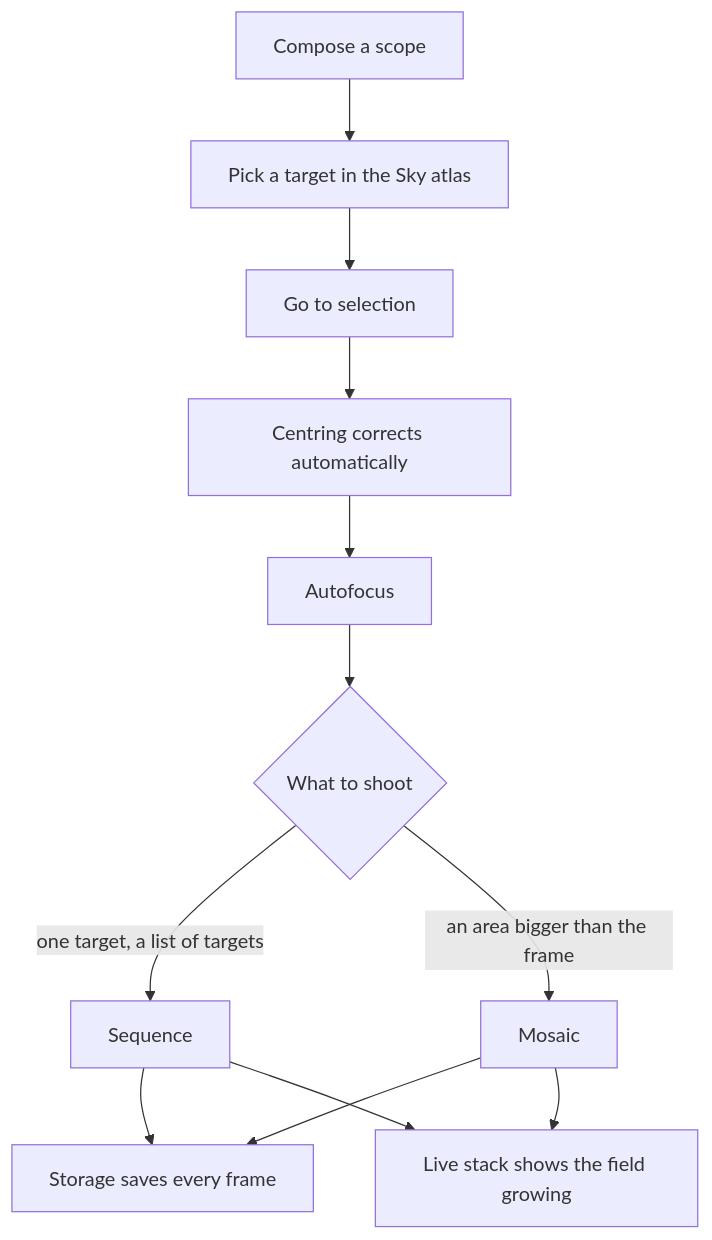
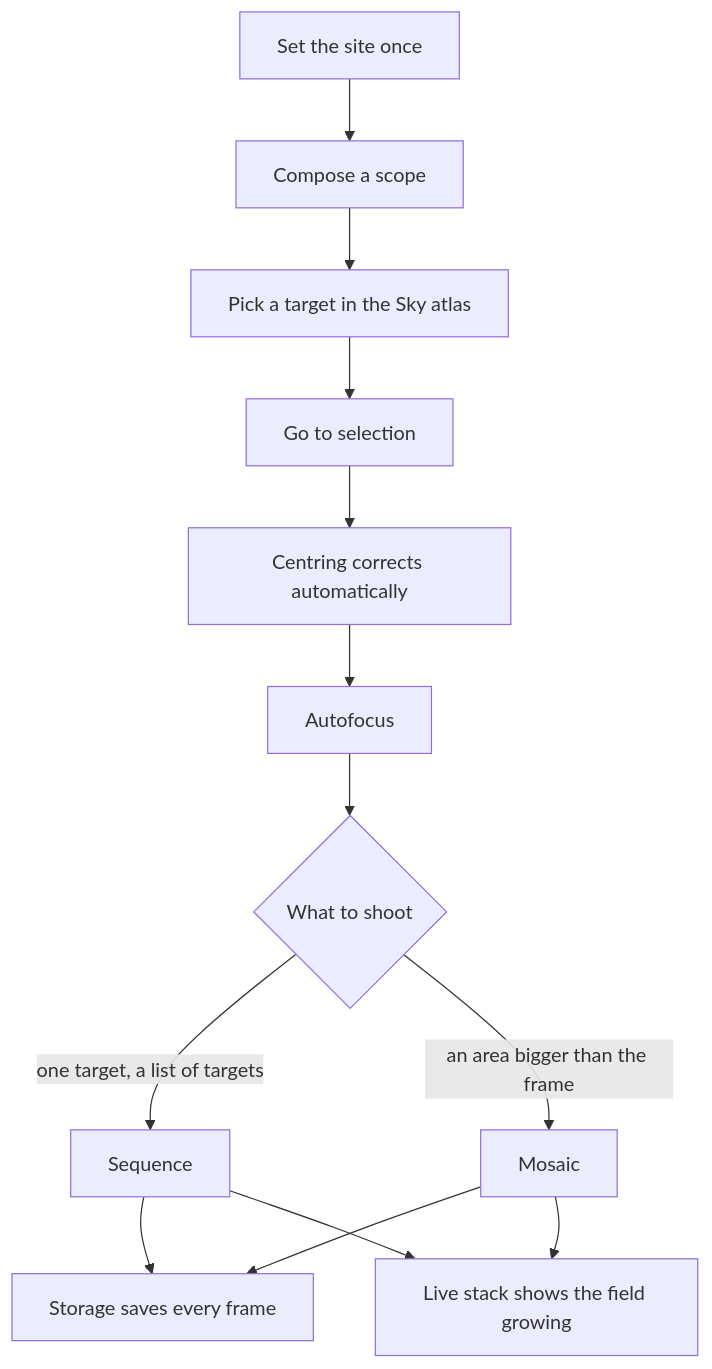
One commit to UltraGeekDEV/ELink-Astro changed the third of 4 diagrams in docs/user-guide.md. Above: the diagram before and after it, drawn with Mermaid. The commit also changed other lines of this file and 22 other files, not shown here.

````diff
--- a/docs/user-guide.md
+++ b/docs/user-guide.md
@@ -79,14 +79,15 @@
 ```mermaid
 flowchart TD
+    S0[Set the site once] --> A
     A[Compose a scope] --> B[Pick a target in the Sky atlas]
     B --> C[Go to selection]
     C --> D[Centring corrects automatically]
     D --> E[Autofocus]
     E --> F{What to shoot}
     F -->|one target, a list of targets| G[Sequence]
     F -->|an area bigger than the frame| H[Mosaic]
     G --> I[Storage saves every frame]
     H --> I
     H --> L[Live stack shows the field growing]
     G --> L
 ```
````
